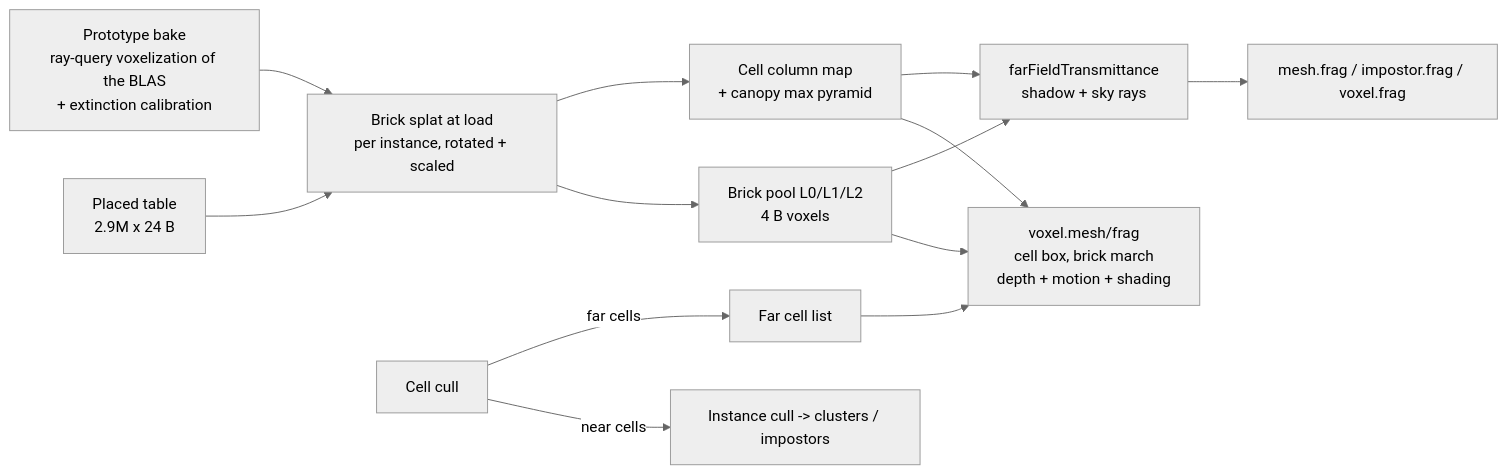
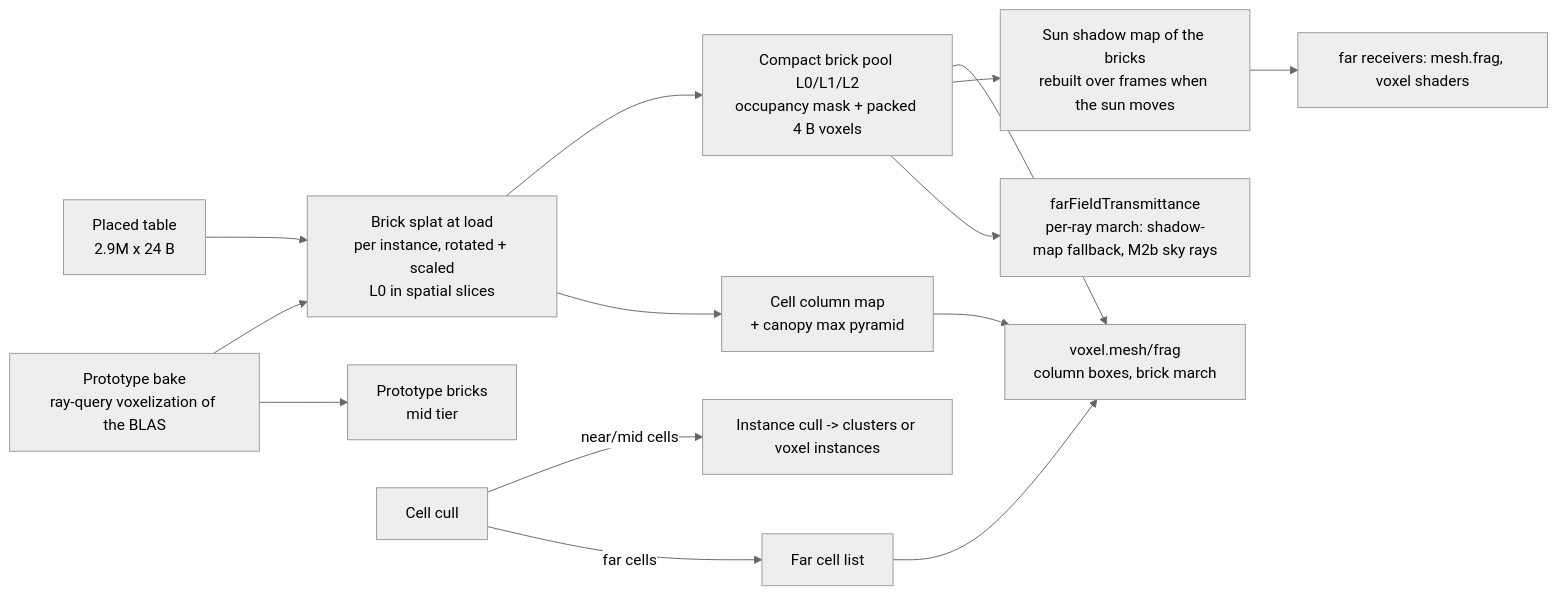
Before and after one commit to zye04/Meridian: the second of 2 diagrams in docs/superpowers/specs/2026-11-20-far-field-design.md, drawn with Mermaid (neutral theme). The commit also changed other lines of this file and 30 other files, not shown here.

````diff
--- a/docs/superpowers/specs/2026-11-20-far-field-design.md
+++ b/docs/superpowers/specs/2026-11-20-far-field-design.md
@@ -78,15 +118,16 @@
 ```mermaid
 flowchart LR
-  PT[Placed table<br/>2.9M x 24 B] --> SP[Brick splat at load<br/>per instance, rotated + scaled]
-  PB[Prototype bake<br/>ray-query voxelization of the BLAS<br/>+ extinction calibration] --> SP
-  SP --> BP[Brick pool L0/L1/L2<br/>4 B voxels]
+  PT[Placed table<br/>2.9M x 24 B] --> SP[Brick splat at load<br/>per instance, rotated + scaled<br/>L0 in spatial slices]
+  PB[Prototype bake<br/>ray-query voxelization of the BLAS] --> SP
+  PB --> PV[Prototype bricks<br/>mid tier]
+  SP --> BP[Compact brick pool L0/L1/L2<br/>occupancy mask + packed 4 B voxels]
   SP --> CM[Cell column map<br/>+ canopy max pyramid]
-  CC[Cell cull] -->|near cells| IC[Instance cull -> clusters / impostors]
+  CC[Cell cull] -->|near/mid cells| IC[Instance cull -> clusters or voxel instances]
   CC -->|far cells| FL[Far cell list]
-  FL --> VR[voxel.mesh/frag<br/>cell box, brick march<br/>depth + motion + shading]
+  FL --> VR[voxel.mesh/frag<br/>column boxes, brick march]
   BP --> VR
   CM --> VR
-  BP --> FM[farFieldTransmittance<br/>shadow + sky rays]
-  CM --> FM
-  FM --> SH[mesh.frag / impostor.frag / voxel.frag]
+  BP --> SM[Sun shadow map of the bricks<br/>rebuilt over frames when the sun moves]
+  SM --> SH[far receivers: mesh.frag, voxel shaders]
+  BP --> FM[farFieldTransmittance<br/>per-ray march: shadow-map fallback, M2b sky rays]
 ```
````
